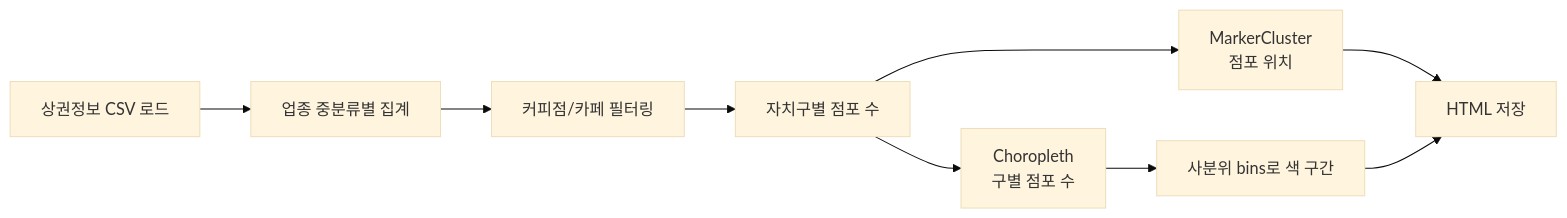
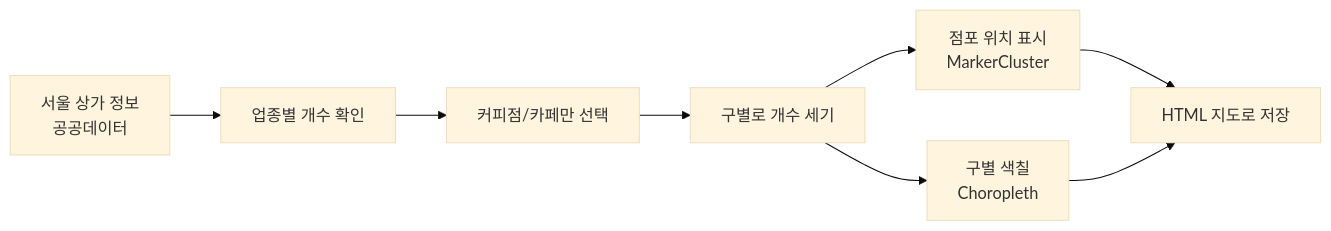
One commit to mjk022/portfolio changed the diagram in 지도시각화/README.md. Above: the diagram before and after it, drawn with Mermaid (base theme). The commit also changed other lines of this file and 8 other files, not shown here.

````diff
--- a/지도시각화/README.md
+++ b/지도시각화/README.md
@@ -11,10 +22,9 @@
 ```mermaid
 flowchart LR
-    A[상권정보 CSV 로드] --> B[업종 중분류별 집계]
-    B --> C[커피점/카페 필터링]
-    C --> D[자치구별 점포 수]
-    D --> E1[MarkerCluster<br/>점포 위치]
-    D --> E2[Choropleth<br/>구별 점포 수]
-    E2 --> F[사분위 bins로 색 구간]
-    E1 & F --> G[HTML 저장]
+    A[서울 상가 정보<br/>공공데이터] --> B[업종별 개수 확인]
+    B --> C[커피점/카페만 선택]
+    C --> D[구별로 개수 세기]
+    D --> E1[점포 위치 표시<br/>MarkerCluster]
+    D --> E2[구별 색칠<br/>Choropleth]
+    E1 & E2 --> F[HTML 지도로 저장]
 ```
````
